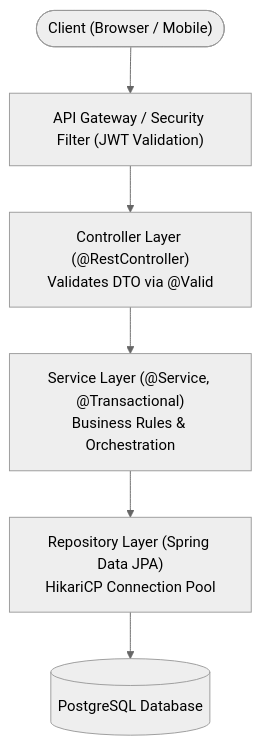
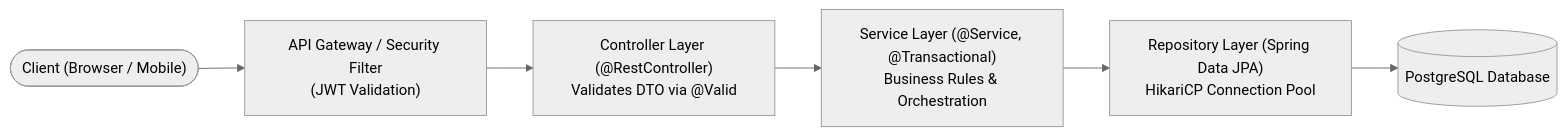
Diagram 20 of 26 in 06-Java-and-Spring-Boot/Spring Boot Interview Guide.md (rohithgowda18/Notes), drawn with Mermaid (neutral theme) before and after one commit. The commit also changed other lines of this file and 15 other files, not shown here.

Commit message:
docs: audit Mermaid diagrams, optimize side-by-side layouts, and deduplicate DBMS advanced notes

````diff
--- a/06-Java-and-Spring-Boot/Spring Boot Interview Guide.md
+++ b/06-Java-and-Spring-Boot/Spring Boot Interview Guide.md
@@ -1631,8 +1644,8 @@
 ```mermaid
-flowchart TD
-    Client(["Client (Browser / Mobile)"]) --> Gateway["API Gateway / Security Filter (JWT Validation)"]
-    Gateway --> Controller["Controller Layer (@RestController)\nValidates DTO via @Valid"]
-    Controller --> Service["Service Layer (@Service, @Transactional)\nBusiness Rules & Orchestration"]
-    Service --> Repo["Repository Layer (Spring Data JPA)\nHikariCP Connection Pool"]
+flowchart LR
+    Client(["Client (Browser / Mobile)"]) --> Gateway["API Gateway / Security Filter<br/>(JWT Validation)"]
+    Gateway --> Controller["Controller Layer (@RestController)<br/>Validates DTO via @Valid"]
+    Controller --> Service["Service Layer (@Service, @Transactional)<br/>Business Rules & Orchestration"]
+    Service --> Repo["Repository Layer (Spring Data JPA)<br/>HikariCP Connection Pool"]
     Repo --> DB[("PostgreSQL Database")]
 ```
````
